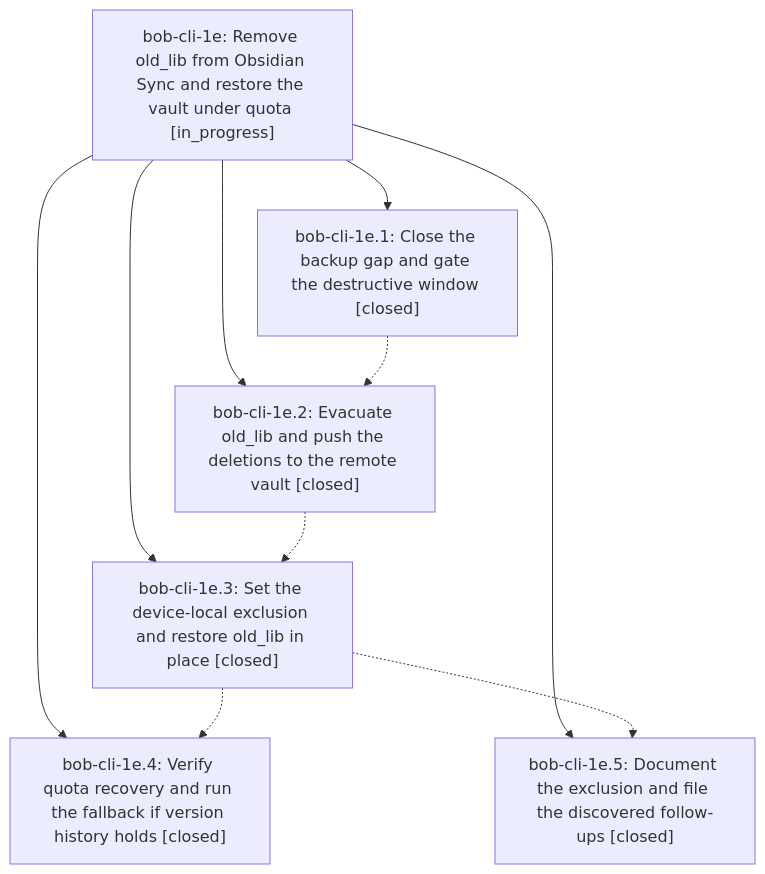
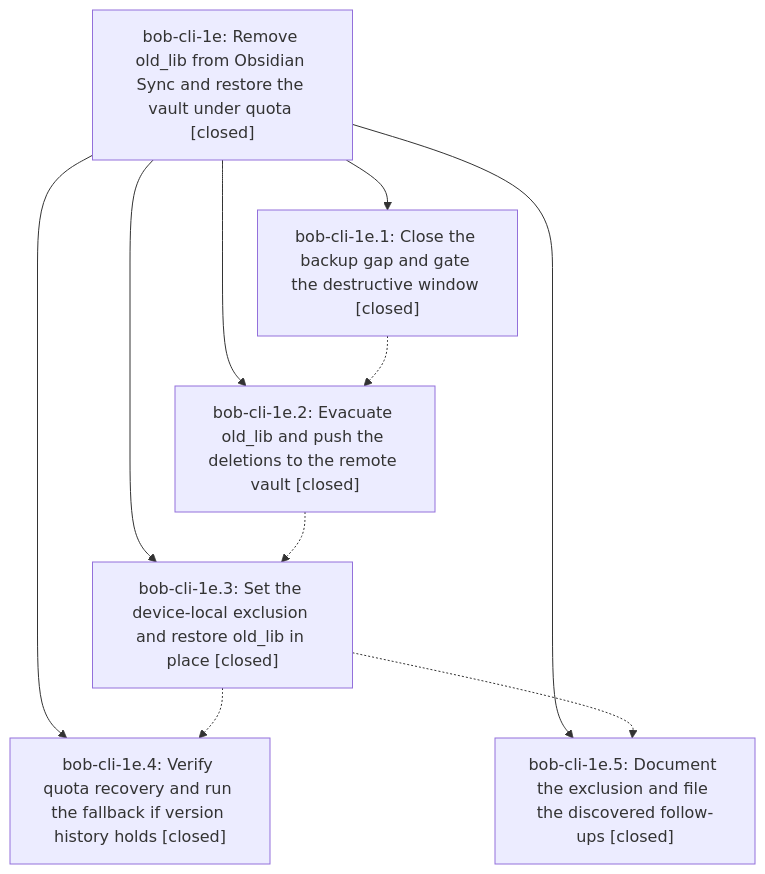
The diagram in pages/bob-cli-1e/README.md (bobs-org/bob-cli--beads), drawn with Mermaid before and after one commit. The commit also changed other lines of this file, not shown here.

First line of the commit message:
chore(beads): sync bead state and pages for bob-cli-1e

````diff
--- a/pages/bob-cli-1e/README.md
+++ b/pages/bob-cli-1e/README.md
@@ -42,18 +54,18 @@
 ```mermaid
 flowchart TD
-    n0["bob-cli-1e: Remove old_lib from Obsidian Sync and restore the vault under quota [in_progress]"]
+    n0["bob-cli-1e: Remove old_lib from Obsidian Sync and restore the vault under quota [closed]"]
     n1["bob-cli-1e.1: Close the backup gap and gate the destructive window [closed]"]
     n2["bob-cli-1e.2: Evacuate old_lib and push the deletions to the remote vault [closed]"]
     n3["bob-cli-1e.3: Set the device-local exclusion and restore old_lib in place [closed]"]
     n4["bob-cli-1e.4: Verify quota recovery and run the fallback if version history holds [closed]"]
     n5["bob-cli-1e.5: Document the exclusion and file the discovered follow-ups [closed]"]
     n0 --> n1
     n0 --> n2
     n0 --> n3
     n0 --> n4
     n0 --> n5
     n1 -.-> n2
     n2 -.-> n3
     n3 -.-> n4
     n3 -.-> n5
 ```
````
